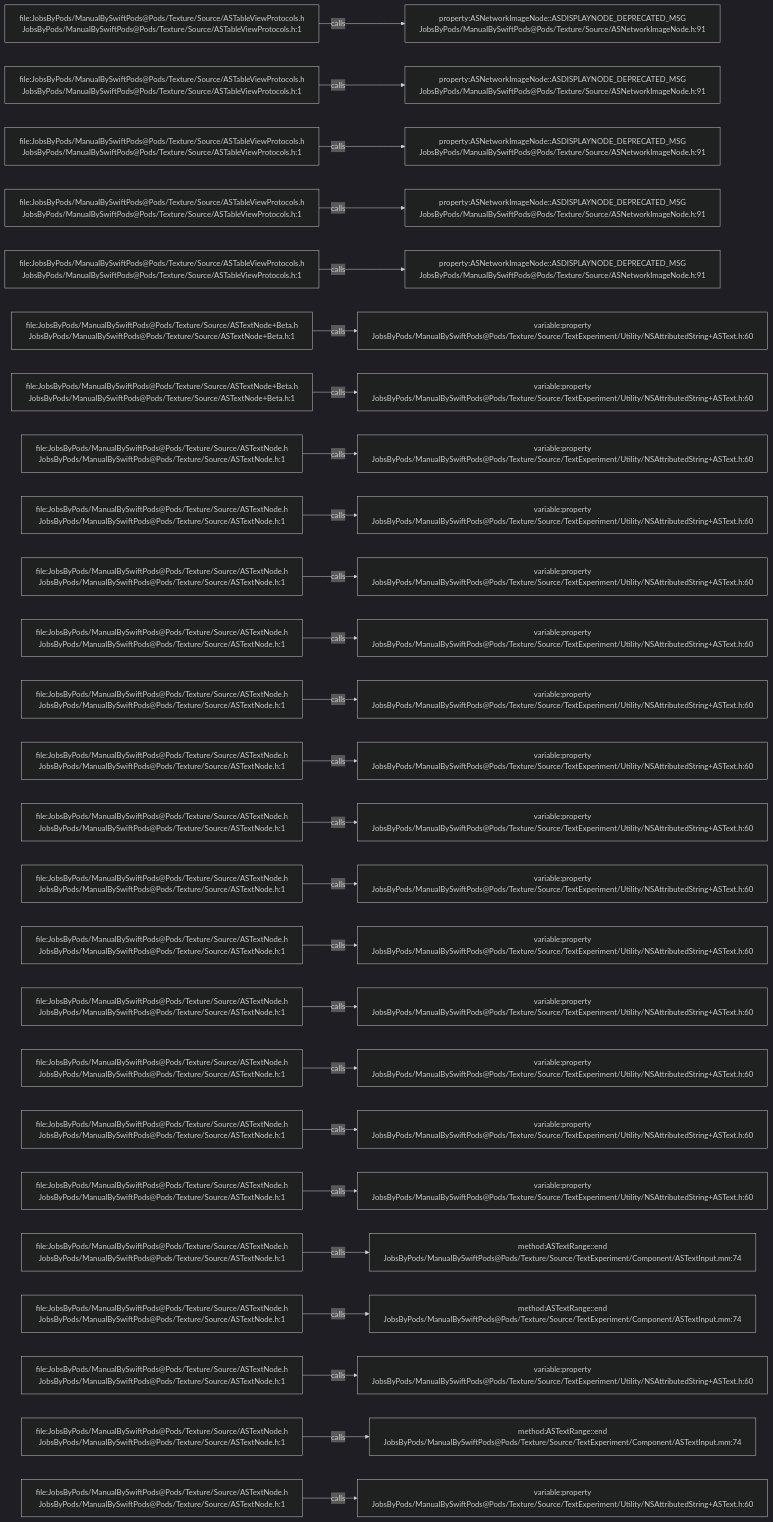
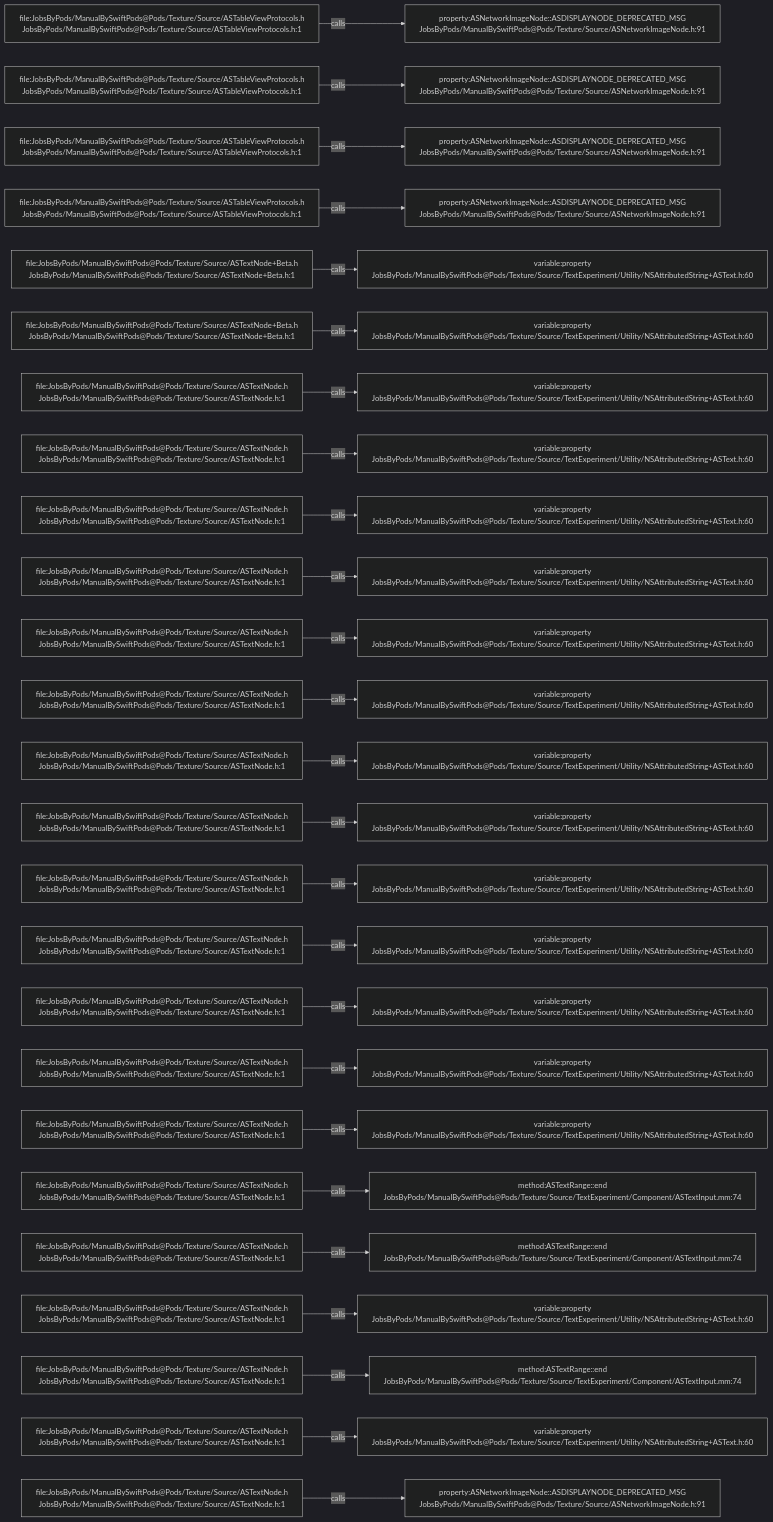
One commit to JobsKits/JobsSwiftBaseConfigDemo changed the diagram in .codegraph/codegraph.md/graphs/calls-064.md. Above: the diagram before and after it, drawn with Mermaid (dark theme). The commit also changed 747 other files, not shown here.

````diff
--- a/.codegraph/codegraph.md/graphs/calls-064.md
+++ b/.codegraph/codegraph.md/graphs/calls-064.md
@@ -13,78 +13,78 @@
 ```mermaid
 flowchart LR
   S1["file:JobsByPods/ManualBySwiftPods@Pods/Texture/Source/ASTableViewProtocols.h<br/>JobsByPods/ManualBySwiftPods@Pods/Texture/Source/ASTableViewProtocols.h:1"]
   T1["property:ASNetworkImageNode::ASDISPLAYNODE_DEPRECATED_MSG<br/>JobsByPods/ManualBySwiftPods@Pods/Texture/Source/ASNetworkImageNode.h:91"]
   S1 -->|calls| T1
   S2["file:JobsByPods/ManualBySwiftPods@Pods/Texture/Source/ASTableViewProtocols.h<br/>JobsByPods/ManualBySwiftPods@Pods/Texture/Source/ASTableViewProtocols.h:1"]
   T2["property:ASNetworkImageNode::ASDISPLAYNODE_DEPRECATED_MSG<br/>JobsByPods/ManualBySwiftPods@Pods/Texture/Source/ASNetworkImageNode.h:91"]
   S2 -->|calls| T2
   S3["file:JobsByPods/ManualBySwiftPods@Pods/Texture/Source/ASTableViewProtocols.h<br/>JobsByPods/ManualBySwiftPods@Pods/Texture/Source/ASTableViewProtocols.h:1"]
   T3["property:ASNetworkImageNode::ASDISPLAYNODE_DEPRECATED_MSG<br/>JobsByPods/ManualBySwiftPods@Pods/Texture/Source/ASNetworkImageNode.h:91"]
   S3 -->|calls| T3
   S4["file:JobsByPods/ManualBySwiftPods@Pods/Texture/Source/ASTableViewProtocols.h<br/>JobsByPods/ManualBySwiftPods@Pods/Texture/Source/ASTableViewProtocols.h:1"]
   T4["property:ASNetworkImageNode::ASDISPLAYNODE_DEPRECATED_MSG<br/>JobsByPods/ManualBySwiftPods@Pods/Texture/Source/ASNetworkImageNode.h:91"]
   S4 -->|calls| T4
-  S5["file:JobsByPods/ManualBySwiftPods@Pods/Texture/Source/ASTableViewProtocols.h<br/>JobsByPods/ManualBySwiftPods@Pods/Texture/Source/ASTableViewProtocols.h:1"]
-  T5["property:ASNetworkImageNode::ASDISPLAYNODE_DEPRECATED_MSG<br/>JobsByPods/ManualBySwiftPods@Pods/Texture/Source/ASNetworkImageNode.h:91"]
+  S5["file:JobsByPods/ManualBySwiftPods@Pods/Texture/Source/ASTextNode+Beta.h<br/>JobsByPods/ManualBySwiftPods@Pods/Texture/Source/ASTextNode+Beta.h:1"]
+  T5["variable:property<br/>JobsByPods/ManualBySwiftPods@Pods/Texture/Source/TextExperiment/Utility/NSAttributedString+ASText.h:60"]
   S5 -->|calls| T5
   S6["file:JobsByPods/ManualBySwiftPods@Pods/Texture/Source/ASTextNode+Beta.h<br/>JobsByPods/ManualBySwiftPods@Pods/Texture/Source/ASTextNode+Beta.h:1"]
   T6["variable:property<br/>JobsByPods/ManualBySwiftPods@Pods/Texture/Source/TextExperiment/Utility/NSAttributedString+ASText.h:60"]
   S6 -->|calls| T6
-  S7["file:JobsByPods/ManualBySwiftPods@Pods/Texture/Source/ASTextNode+Beta.h<br/>JobsByPods/ManualBySwiftPods@Pods/Texture/Source/ASTextNode+Beta.h:1"]
+  S7["file:JobsByPods/ManualBySwiftPods@Pods/Texture/Source/ASTextNode.h<br/>JobsByPods/ManualBySwiftPods@Pods/Texture/Source/ASTextNode.h:1"]
   T7["variable:property<br/>JobsByPods/ManualBySwiftPods@Pods/Texture/Source/TextExperiment/Utility/NSAttributedString+ASText.h:60"]
   S7 -->|calls| T7
   S8["file:JobsByPods/ManualBySwiftPods@Pods/Texture/Source/ASTextNode.h<br/>JobsByPods/ManualBySwiftPods@Pods/Texture/Source/ASTextNode.h:1"]
   T8["variable:property<br/>JobsByPods/ManualBySwiftPods@Pods/Texture/Source/TextExperiment/Utility/NSAttributedString+ASText.h:60"]
   S8 -->|calls| T8
   S9["file:JobsByPods/ManualBySwiftPods@Pods/Texture/Source/ASTextNode.h<br/>JobsByPods/ManualBySwiftPods@Pods/Texture/Source/ASTextNode.h:1"]
   T9["variable:property<br/>JobsByPods/ManualBySwiftPods@Pods/Texture/Source/TextExperiment/Utility/NSAttributedString+ASText.h:60"]
   S9 -->|calls| T9
   S10["file:JobsByPods/ManualBySwiftPods@Pods/Texture/Source/ASTextNode.h<br/>JobsByPods/ManualBySwiftPods@Pods/Texture/Source/ASTextNode.h:1"]
   T10["variable:property<br/>JobsByPods/ManualBySwiftPods@Pods/Texture/Source/TextExperiment/Utility/NSAttributedString+ASText.h:60"]
   S10 -->|calls| T10
   S11["file:JobsByPods/ManualBySwiftPods@Pods/Texture/Source/ASTextNode.h<br/>JobsByPods/ManualBySwiftPods@Pods/Texture/Source/ASTextNode.h:1"]
   T11["variable:property<br/>JobsByPods/ManualBySwiftPods@Pods/Texture/Source/TextExperiment/Utility/NSAttributedString+ASText.h:60"]
   S11 -->|calls| T11
   S12["file:JobsByPods/ManualBySwiftPods@Pods/Texture/Source/ASTextNode.h<br/>JobsByPods/ManualBySwiftPods@Pods/Texture/Source/ASTextNode.h:1"]
   T12["variable:property<br/>JobsByPods/ManualBySwiftPods@Pods/Texture/Source/TextExperiment/Utility/NSAttributedString+ASText.h:60"]
   S12 -->|calls| T12
   S13["file:JobsByPods/ManualBySwiftPods@Pods/Texture/Source/ASTextNode.h<br/>JobsByPods/ManualBySwiftPods@Pods/Texture/Source/ASTextNode.h:1"]
   T13["variable:property<br/>JobsByPods/ManualBySwiftPods@Pods/Texture/Source/TextExperiment/Utility/NSAttributedString+ASText.h:60"]
   S13 -->|calls| T13
   S14["file:JobsByPods/ManualBySwiftPods@Pods/Texture/Source/ASTextNode.h<br/>JobsByPods/ManualBySwiftPods@Pods/Texture/Source/ASTextNode.h:1"]
   T14["variable:property<br/>JobsByPods/ManualBySwiftPods@Pods/Texture/Source/TextExperiment/Utility/NSAttributedString+ASText.h:60"]
   S14 -->|calls| T14
   S15["file:JobsByPods/ManualBySwiftPods@Pods/Texture/Source/ASTextNode.h<br/>JobsByPods/ManualBySwiftPods@Pods/Texture/Source/ASTextNode.h:1"]
   T15["variable:property<br/>JobsByPods/ManualBySwiftPods@Pods/Texture/Source/TextExperiment/Utility/NSAttributedString+ASText.h:60"]
   S15 -->|calls| T15
   S16["file:JobsByPods/ManualBySwiftPods@Pods/Texture/Source/ASTextNode.h<br/>JobsByPods/ManualBySwiftPods@Pods/Texture/Source/ASTextNode.h:1"]
   T16["variable:property<br/>JobsByPods/ManualBySwiftPods@Pods/Texture/Source/TextExperiment/Utility/NSAttributedString+ASText.h:60"]
   S16 -->|calls| T16
   S17["file:JobsByPods/ManualBySwiftPods@Pods/Texture/Source/ASTextNode.h<br/>JobsByPods/ManualBySwiftPods@Pods/Texture/Source/ASTextNode.h:1"]
   T17["variable:property<br/>JobsByPods/ManualBySwiftPods@Pods/Texture/Source/TextExperiment/Utility/NSAttributedString+ASText.h:60"]
   S17 -->|calls| T17
   S18["file:JobsByPods/ManualBySwiftPods@Pods/Texture/Source/ASTextNode.h<br/>JobsByPods/ManualBySwiftPods@Pods/Texture/Source/ASTextNode.h:1"]
   T18["variable:property<br/>JobsByPods/ManualBySwiftPods@Pods/Texture/Source/TextExperiment/Utility/NSAttributedString+ASText.h:60"]
   S18 -->|calls| T18
   S19["file:JobsByPods/ManualBySwiftPods@Pods/Texture/Source/ASTextNode.h<br/>JobsByPods/ManualBySwiftPods@Pods/Texture/Source/ASTextNode.h:1"]
   T19["variable:property<br/>JobsByPods/ManualBySwiftPods@Pods/Texture/Source/TextExperiment/Utility/NSAttributedString+ASText.h:60"]
   S19 -->|calls| T19
   S20["file:JobsByPods/ManualBySwiftPods@Pods/Texture/Source/ASTextNode.h<br/>JobsByPods/ManualBySwiftPods@Pods/Texture/Source/ASTextNode.h:1"]
-  T20["variable:property<br/>JobsByPods/ManualBySwiftPods@Pods/Texture/Source/TextExperiment/Utility/NSAttributedString+ASText.h:60"]
+  T20["method:ASTextRange::end<br/>JobsByPods/ManualBySwiftPods@Pods/Texture/Source/TextExperiment/Component/ASTextInput.mm:74"]
   S20 -->|calls| T20
   S21["file:JobsByPods/ManualBySwiftPods@Pods/Texture/Source/ASTextNode.h<br/>JobsByPods/ManualBySwiftPods@Pods/Texture/Source/ASTextNode.h:1"]
   T21["method:ASTextRange::end<br/>JobsByPods/ManualBySwiftPods@Pods/Texture/Source/TextExperiment/Component/ASTextInput.mm:74"]
   S21 -->|calls| T21
   S22["file:JobsByPods/ManualBySwiftPods@Pods/Texture/Source/ASTextNode.h<br/>JobsByPods/ManualBySwiftPods@Pods/Texture/Source/ASTextNode.h:1"]
-  T22["method:ASTextRange::end<br/>JobsByPods/ManualBySwiftPods@Pods/Texture/Source/TextExperiment/Component/ASTextInput.mm:74"]
+  T22["variable:property<br/>JobsByPods/ManualBySwiftPods@Pods/Texture/Source/TextExperiment/Utility/NSAttributedString+ASText.h:60"]
   S22 -->|calls| T22
   S23["file:JobsByPods/ManualBySwiftPods@Pods/Texture/Source/ASTextNode.h<br/>JobsByPods/ManualBySwiftPods@Pods/Texture/Source/ASTextNode.h:1"]
-  T23["variable:property<br/>JobsByPods/ManualBySwiftPods@Pods/Texture/Source/TextExperiment/Utility/NSAttributedString+ASText.h:60"]
+  T23["method:ASTextRange::end<br/>JobsByPods/ManualBySwiftPods@Pods/Texture/Source/TextExperiment/Component/ASTextInput.mm:74"]
   S23 -->|calls| T23
   S24["file:JobsByPods/ManualBySwiftPods@Pods/Texture/Source/ASTextNode.h<br/>JobsByPods/ManualBySwiftPods@Pods/Texture/Source/ASTextNode.h:1"]
-  T24["method:ASTextRange::end<br/>JobsByPods/ManualBySwiftPods@Pods/Texture/Source/TextExperiment/Component/ASTextInput.mm:74"]
+  T24["variable:property<br/>JobsByPods/ManualBySwiftPods@Pods/Texture/Source/TextExperiment/Utility/NSAttributedString+ASText.h:60"]
   S24 -->|calls| T24
   S25["file:JobsByPods/ManualBySwiftPods@Pods/Texture/Source/ASTextNode.h<br/>JobsByPods/ManualBySwiftPods@Pods/Texture/Source/ASTextNode.h:1"]
-  T25["variable:property<br/>JobsByPods/ManualBySwiftPods@Pods/Texture/Source/TextExperiment/Utility/NSAttributedString+ASText.h:60"]
+  T25["property:ASNetworkImageNode::ASDISPLAYNODE_DEPRECATED_MSG<br/>JobsByPods/ManualBySwiftPods@Pods/Texture/Source/ASNetworkImageNode.h:91"]
   S25 -->|calls| T25
 ```
````
